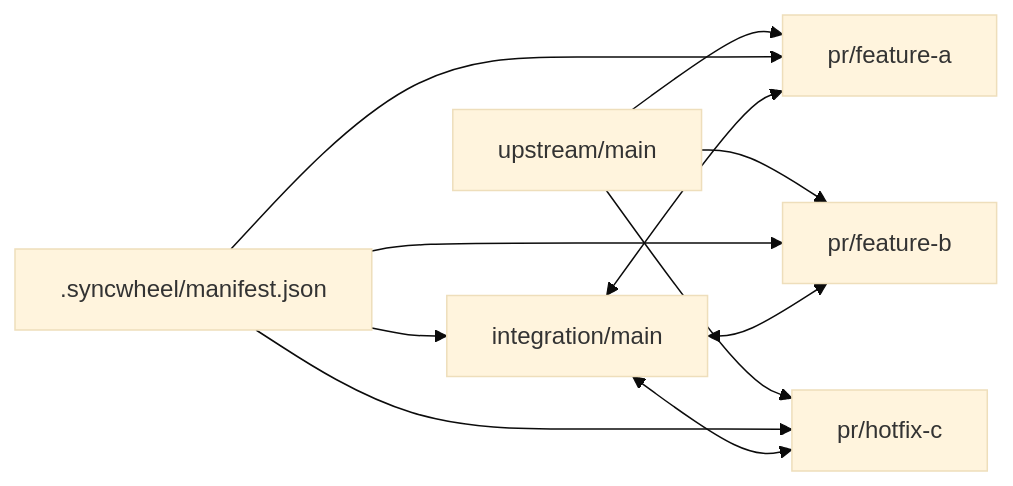
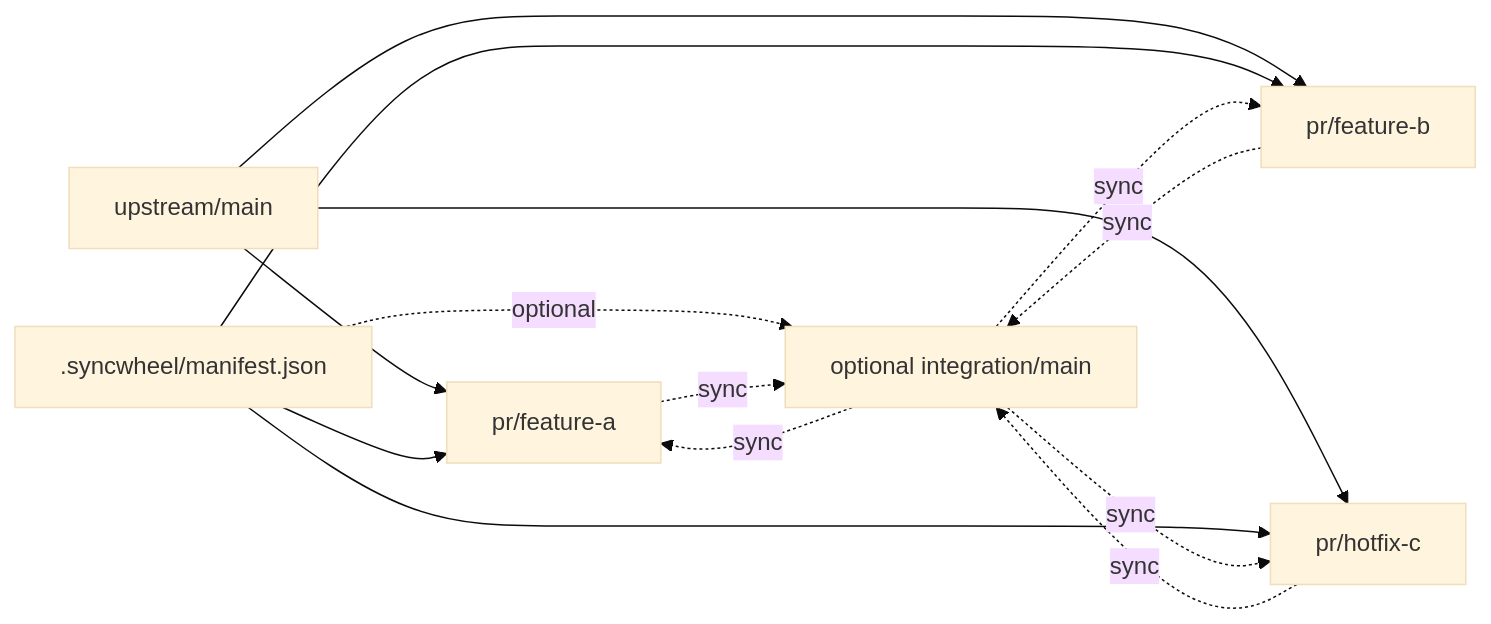
The diagram in README.md (NestDevLab/syncwheel), drawn with Mermaid (base theme) before and after one commit. The commit also changed other lines of this file, not shown here.

Commit message:
docs: move system flow up and reduce README repetition

````diff
--- a/README.md
+++ b/README.md
@@ -80,22 +24,25 @@
 ```mermaid
 flowchart LR
     U[upstream/main]
-    I[integration/main]
+    I[optional integration/main]
     P1[pr/feature-a]
     P2[pr/feature-b]
     P3[pr/hotfix-c]
     M[.syncwheel/manifest.json]
 
     U --> P1
     U --> P2
     U --> P3
 
-    M --> I
     M --> P1
     M --> P2
     M --> P3
+    M -. optional .-> I
 
-    I <--> P1
-    I <--> P2
-    I <--> P3
+    P1 -. sync .-> I
+    P2 -. sync .-> I
+    P3 -. sync .-> I
+    I -. sync .-> P1
+    I -. sync .-> P2
+    I -. sync .-> P3
 ```
````
